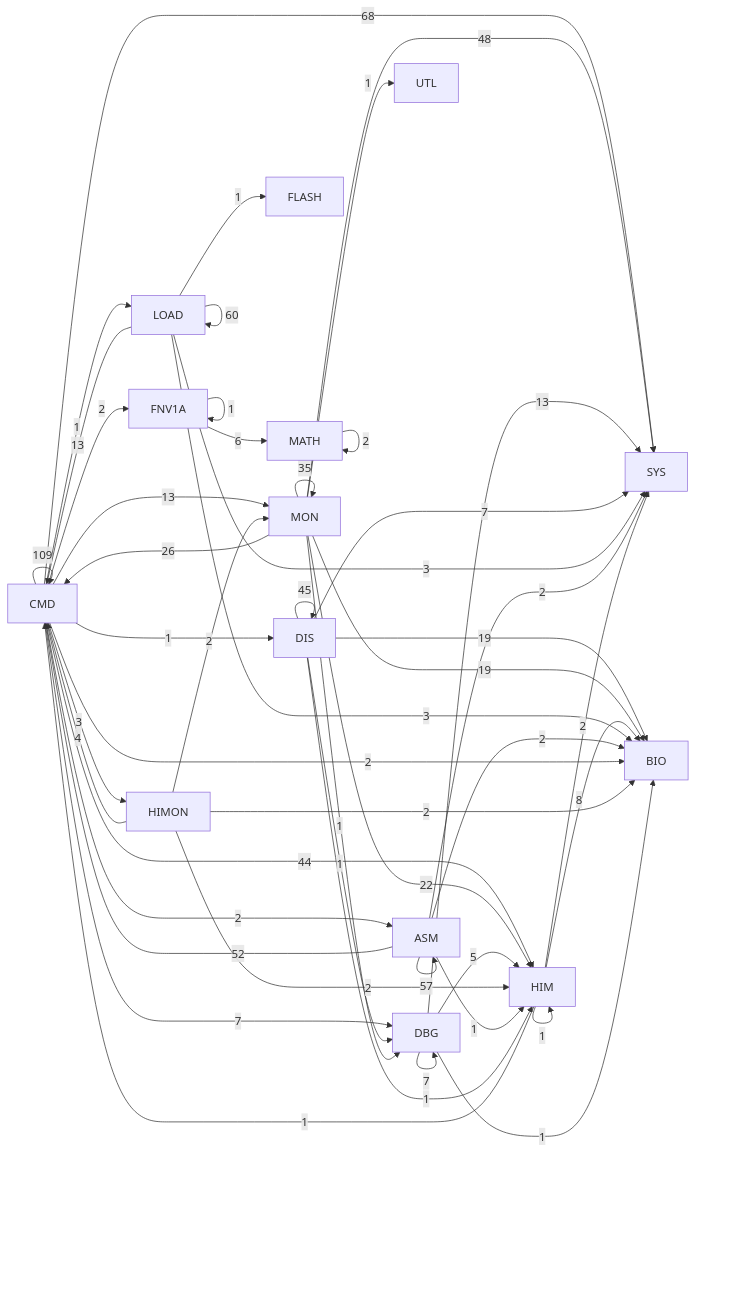
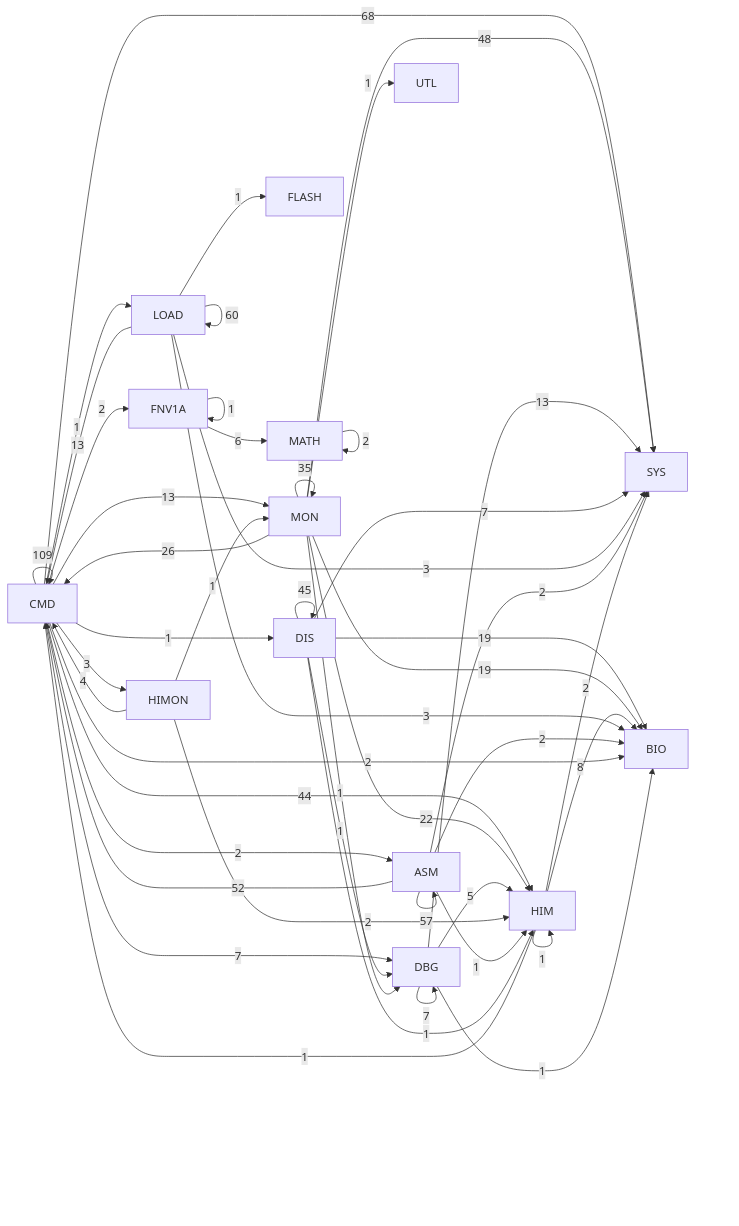
Before and after one commit to 95westus/R-YORS: the diagram in DOC/GENERATED/HIMON_SUPPORT_MAP.md, drawn with Mermaid. The commit also changed other lines of this file and 48 other files, not shown here.

````diff
--- a/DOC/GENERATED/HIMON_SUPPORT_MAP.md
+++ b/DOC/GENERATED/HIMON_SUPPORT_MAP.md
@@ -10,51 +10,50 @@
 ```mermaid
 flowchart LR
     P_CMD[CMD] -->|109| P_CMD[CMD]
     P_CMD[CMD] -->|68| P_SYS[SYS]
     P_LOAD[LOAD] -->|60| P_LOAD[LOAD]
     P_ASM[ASM] -->|57| P_ASM[ASM]
     P_ASM[ASM] -->|52| P_CMD[CMD]
     P_MON[MON] -->|48| P_SYS[SYS]
     P_DIS[DIS] -->|45| P_DIS[DIS]
     P_CMD[CMD] -->|44| P_HIM[HIM]
     P_MON[MON] -->|35| P_MON[MON]
     P_MON[MON] -->|26| P_CMD[CMD]
     P_MON[MON] -->|22| P_HIM[HIM]
     P_DIS[DIS] -->|19| P_BIO[BIO]
     P_MON[MON] -->|19| P_BIO[BIO]
     P_CMD[CMD] -->|13| P_MON[MON]
     P_DBG[DBG] -->|13| P_SYS[SYS]
     P_LOAD[LOAD] -->|13| P_CMD[CMD]
     P_HIM[HIM] -->|8| P_BIO[BIO]
     P_CMD[CMD] -->|7| P_DBG[DBG]
     P_DBG[DBG] -->|7| P_DBG[DBG]
     P_DIS[DIS] -->|7| P_SYS[SYS]
     P_FNV1A[FNV1A] -->|6| P_MATH[MATH]
     P_DBG[DBG] -->|5| P_HIM[HIM]
     P_HIMON[HIMON] -->|4| P_CMD[CMD]
     P_CMD[CMD] -->|3| P_HIMON[HIMON]
     P_LOAD[LOAD] -->|3| P_BIO[BIO]
     P_LOAD[LOAD] -->|3| P_SYS[SYS]
     P_ASM[ASM] -->|2| P_BIO[BIO]
     P_ASM[ASM] -->|2| P_SYS[SYS]
     P_CMD[CMD] -->|2| P_ASM[ASM]
     P_CMD[CMD] -->|2| P_BIO[BIO]
     P_CMD[CMD] -->|2| P_FNV1A[FNV1A]
     P_HIM[HIM] -->|2| P_SYS[SYS]
-    P_HIMON[HIMON] -->|2| P_BIO[BIO]
     P_HIMON[HIMON] -->|2| P_HIM[HIM]
-    P_HIMON[HIMON] -->|2| P_MON[MON]
     P_MATH[MATH] -->|2| P_MATH[MATH]
     P_ASM[ASM] -->|1| P_HIM[HIM]
     P_CMD[CMD] -->|1| P_DIS[DIS]
     P_CMD[CMD] -->|1| P_LOAD[LOAD]
     P_DBG[DBG] -->|1| P_BIO[BIO]
     P_DIS[DIS] -->|1| P_DBG[DBG]
     P_DIS[DIS] -->|1| P_HIM[HIM]
     P_FNV1A[FNV1A] -->|1| P_FNV1A[FNV1A]
     P_HIM[HIM] -->|1| P_CMD[CMD]
     P_HIM[HIM] -->|1| P_HIM[HIM]
+    P_HIMON[HIMON] -->|1| P_MON[MON]
     P_LOAD[LOAD] -->|1| P_FLASH[FLASH]
     P_MON[MON] -->|1| P_DBG[DBG]
     P_MON[MON] -->|1| P_UTL[UTL]
 ```
````
